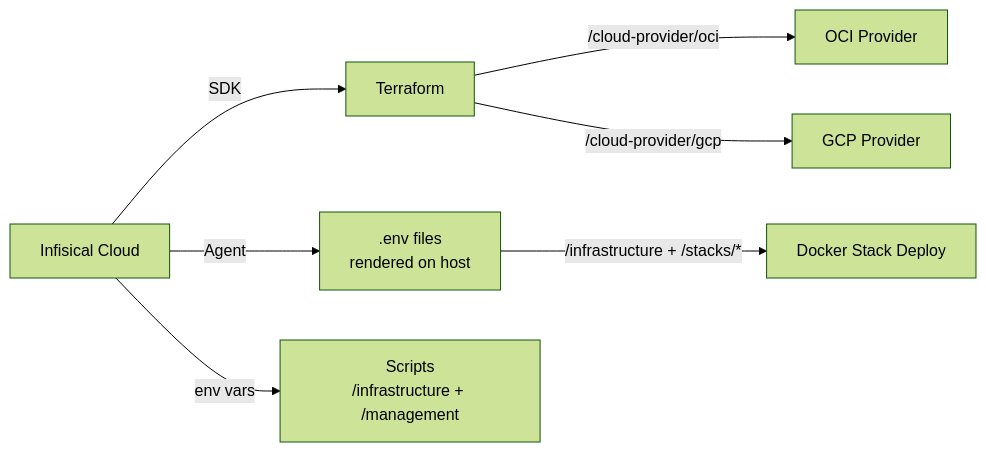
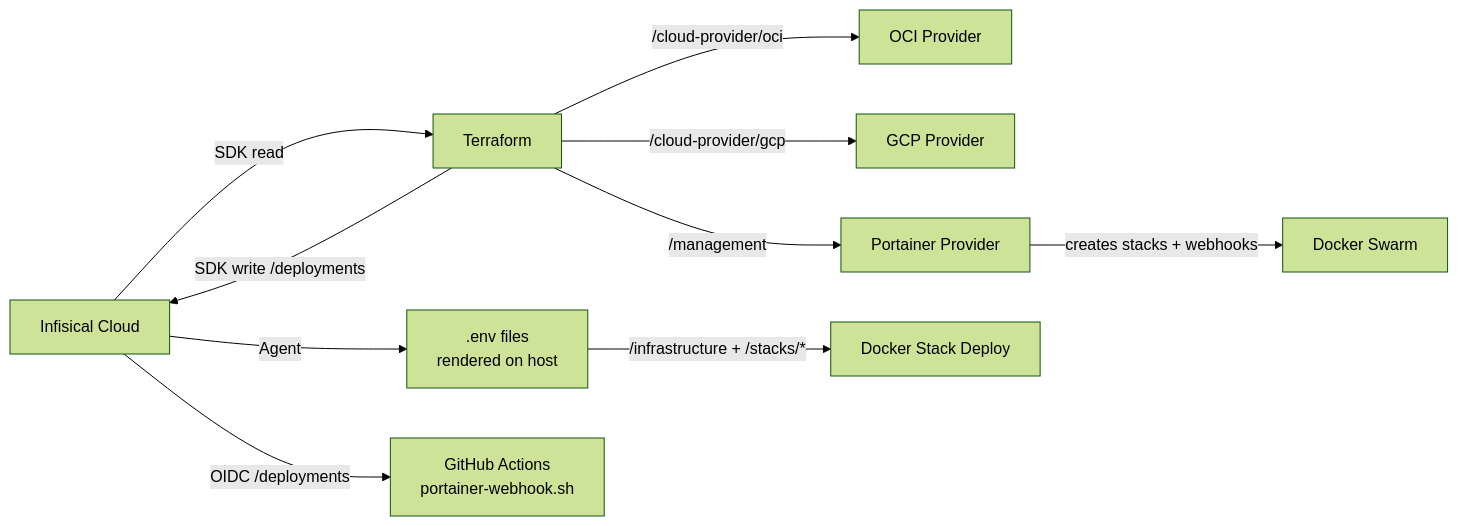
One commit to JoseStud/GoodOldMeServer changed the diagram in docs/infisical-workflow.md. Above: the diagram before and after it, drawn with Mermaid (forest theme). The commit also changed other lines of this file and 7 other files, not shown here.

Commit message:
feat: implement Portainer bootstrap role for management stack deployment and API key creation

````diff
--- a/docs/infisical-workflow.md
+++ b/docs/infisical-workflow.md
@@ -9,9 +9,12 @@
 ```mermaid
 flowchart LR
-    INF[Infisical Cloud] -->|SDK| TF[Terraform]
+    INF[Infisical Cloud] -->|SDK read| TF[Terraform]
     TF -->|/cloud-provider/oci| OCI[OCI Provider]
     TF -->|/cloud-provider/gcp| GCP[GCP Provider]
+    TF -->|/management| PORT[Portainer Provider]
+    PORT -->|creates stacks + webhooks| SWARM[Docker Swarm]
+    TF -->|SDK write /deployments| INF
     INF -->|Agent| ENV[.env files<br/>rendered on host]
     ENV -->|/infrastructure + /stacks/*| STACKS[Docker Stack Deploy]
-    INF -->|env vars| SCRIPTS[Scripts<br/>/infrastructure + /management]
+    INF -->|OIDC /deployments| GHA[GitHub Actions<br/>portainer-webhook.sh]
 ```
````
